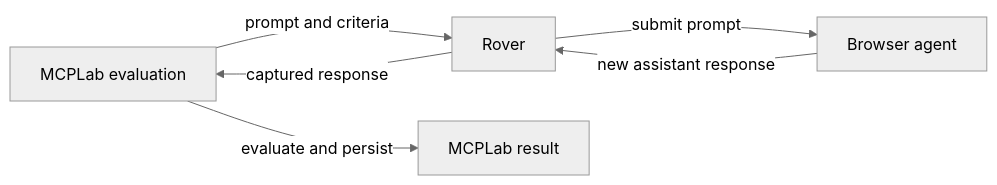
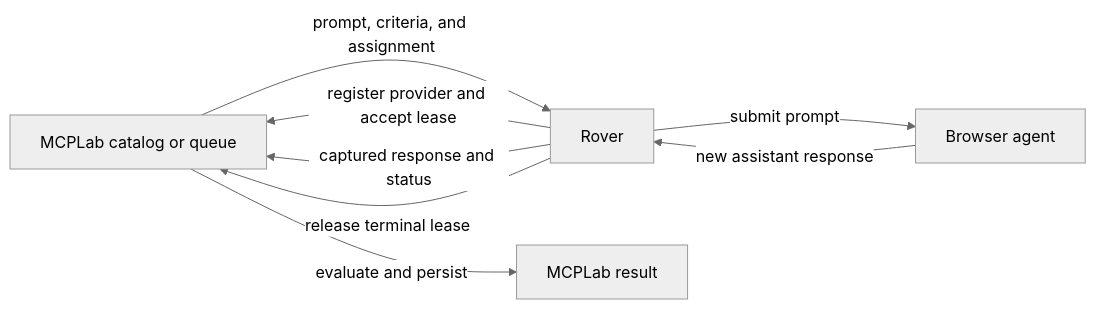
One commit to inspectr-hq/mcplab-rover changed the diagram in README.md. Above: the diagram before and after it, drawn with Mermaid (neutral theme). The commit also changed other lines of this file, not shown here.

````diff
--- a/README.md
+++ b/README.md
@@ -124,8 +121,10 @@
 ```mermaid
 flowchart LR
-    A[MCPLab evaluation] -->|prompt and criteria| B[Rover]
+    A[MCPLab catalog or queue] -->|prompt, criteria, and assignment| B[Rover]
+    B -->|register provider and accept lease| A
     B -->|submit prompt| C[Browser agent]
     C -->|new assistant response| B
-    B -->|captured response| A
+    B -->|captured response and status| A
     A -->|evaluate and persist| D[MCPLab result]
+    B -->|release terminal lease| A
 ```
````
